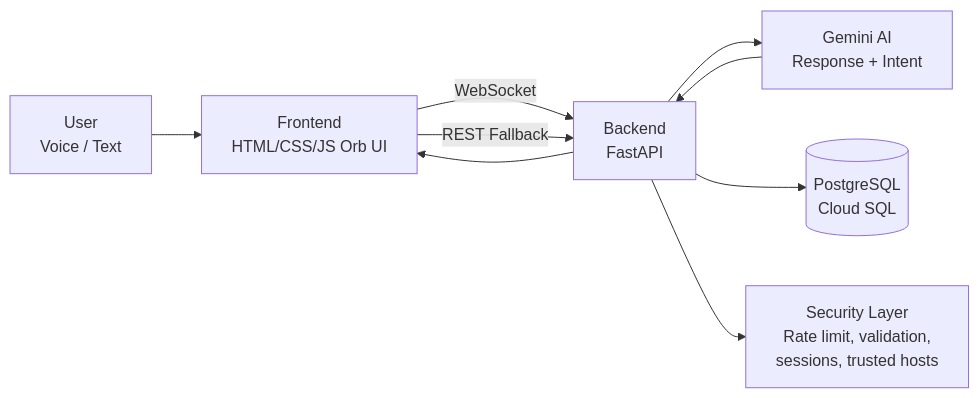
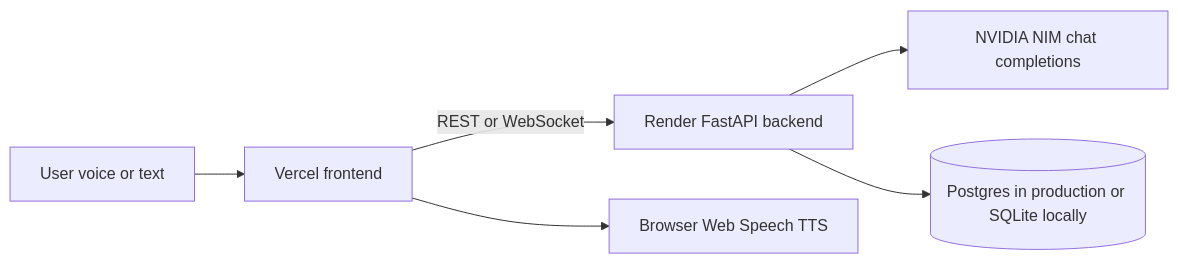
The diagram in README.md (ethicalzeus07/ballsy-voice-assistant), drawn with Mermaid before and after one commit. The commit also changed other lines of this file and 21 other files, not shown here.

`````diff
--- a/README.md
+++ b/README.md
@@ -57,10 +17,8 @@
 ```mermaid
 flowchart LR
-  U[User\nVoice / Text] --> F[Frontend\nHTML/CSS/JS Orb UI]
-  F -->|WebSocket| B[Backend\nFastAPI]
-  F -->|REST Fallback| B
-  B --> G[Gemini AI\nResponse + Intent]
-  B --> D[(PostgreSQL\nCloud SQL)]
-  B --> S[Security Layer\nRate limit, validation,\nsessions, trusted hosts]
-  G --> B --> F
-````
+  U[User voice or text] --> F[Vercel frontend]
+  F -->|REST or WebSocket| B[Render FastAPI backend]
+  B --> N[NVIDIA NIM chat completions]
+  B --> D[(Postgres in production or SQLite locally)]
+  F --> T[Browser Web Speech TTS]
+```
`````
